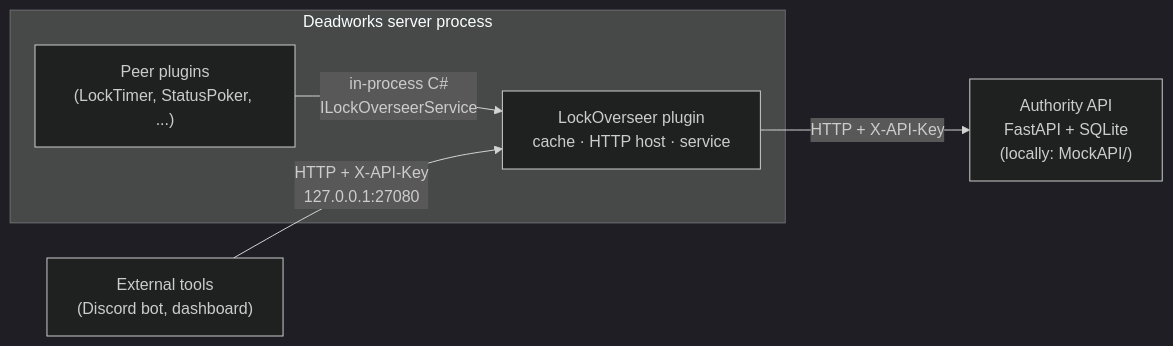
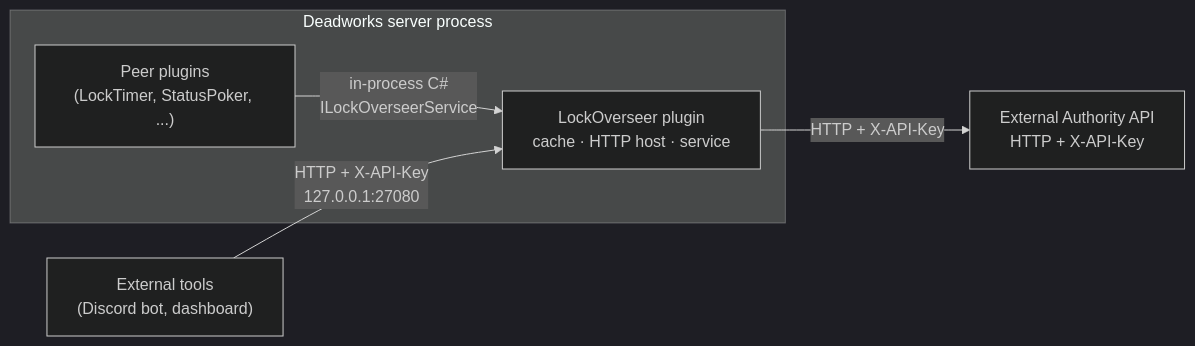
One commit to Oskar-Sterner/lock-overseer changed the first of 3 diagrams in README.md. Above: the diagram before and after it, drawn with Mermaid (dark theme). The commit also changed other lines of this file and 11 other files, not shown here.

````diff
--- a/README.md
+++ b/README.md
@@ -20,12 +20,12 @@
 ```mermaid
 flowchart LR
     subgraph Server["Deadworks server process"]
         Peers["Peer plugins<br/>(LockTimer, StatusPoker, ...)"]
         LO["LockOverseer plugin<br/>cache · HTTP host · service"]
         Peers -- "in-process C#<br/>ILockOverseerService" --> LO
     end
     Ext["External tools<br/>(Discord bot, dashboard)"]
     Ext -- "HTTP + X-API-Key<br/>127.0.0.1:27080" --> LO
-    API["Authority API<br/>FastAPI + SQLite<br/>(locally: MockAPI/)"]
+    API["External Authority API<br/>HTTP + X-API-Key"]
     LO -- "HTTP + X-API-Key" --> API
 ```
````
